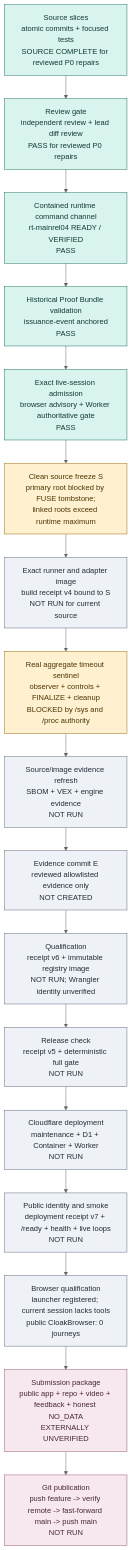
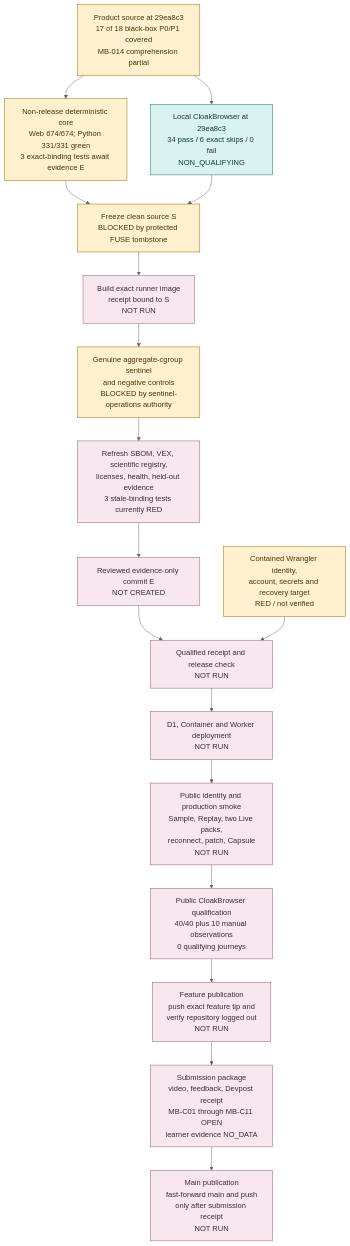
One commit to ALikesToCode/CounterLab changed the first of 5 diagrams in docs/audits/counterlab-first-prize/19_RELEASE_DEPENDENCY_AND_REVIEW_GRAPH.md. Above: the diagram before and after it, drawn with Mermaid (neutral theme). The commit also changed other lines of this file and 1 other file, not shown here.

Commit message:
docs(release): refresh dependency and review graph

````diff
--- a/docs/audits/counterlab-first-prize/19_RELEASE_DEPENDENCY_AND_REVIEW_GRAPH.md
+++ b/docs/audits/counterlab-first-prize/19_RELEASE_DEPENDENCY_AND_REVIEW_GRAPH.md
@@ -33,31 +37,34 @@
 ```mermaid
 flowchart TD
-  A["Source slices<br/>atomic commits + focused tests<br/>SOURCE COMPLETE for reviewed P0 repairs"]
-  B["Review gate<br/>independent review + lead diff review<br/>PASS for reviewed P0 repairs"]
-  R["Contained runtime command channel<br/>rt-mainrel04 READY / VERIFIED<br/>PASS"]
-  P["Historical Proof Bundle validation<br/>issuance-event anchored<br/>PASS"]
-  V["Exact live-session admission<br/>browser advisory + Worker authoritative gate<br/>PASS"]
-  C["Clean source freeze S<br/>primary root blocked by FUSE tombstone;<br/>linked roots exceed runtime maximum"]
-  D["Exact runner and adapter image<br/>build receipt v4 bound to S<br/>NOT RUN for current source"]
-  E["Real aggregate timeout sentinel<br/>observer + controls + FINALIZE + cleanup<br/>BLOCKED by /sys and /proc authority"]
-  F["Source/image evidence refresh<br/>SBOM + VEX + engine evidence<br/>NOT RUN"]
-  G["Evidence commit E<br/>reviewed allowlisted evidence only<br/>NOT CREATED"]
-  H["Qualification<br/>receipt v6 + immutable registry image<br/>NOT RUN; Wrangler identity unverified"]
-  I["Release check<br/>receipt v5 + deterministic full gate<br/>NOT RUN"]
-  J["Cloudflare deployment<br/>maintenance + D1 + Container + Worker<br/>NOT RUN"]
-  K["Public identity and smoke<br/>deployment receipt v7 + /ready + health + live loops<br/>NOT RUN"]
-  L["Browser qualification<br/>launcher registered; current session lacks tools<br/>public CloakBrowser: 0 journeys"]
-  M["Submission package<br/>public app + repo + video + feedback + honest NO_DATA<br/>EXTERNALLY UNVERIFIED"]
-  N["Git publication<br/>push feature -> verify remote -> fast-forward main -> push main<br/>NOT RUN"]
+  P["Product source at 29ea8c3<br/>17 of 18 black-box P0/P1 covered<br/>MB-014 comprehension partial"]
+  T["Non-release deterministic core<br/>Web 674/674; Python 331/331 green<br/>3 exact-binding tests await evidence E"]
+  B["Local CloakBrowser at 29ea8c3<br/>34 pass / 6 exact skips / 0 fail<br/>NON_QUALIFYING"]
+  S["Freeze clean source S<br/>BLOCKED by protected FUSE tombstone"]
+  I["Build exact runner image<br/>receipt bound to S<br/>NOT RUN"]
+  C["Genuine aggregate-cgroup sentinel<br/>and negative controls<br/>BLOCKED by sentinel-operations authority"]
+  E["Refresh SBOM, VEX, scientific registry,<br/>licenses, health, held-out evidence<br/>3 stale-binding tests currently RED"]
+  EC["Reviewed evidence-only commit E<br/>NOT CREATED"]
+  W["Contained Wrangler identity,<br/>account, secrets and recovery target<br/>RED / not verified"]
+  Q["Qualified receipt and release check<br/>NOT RUN"]
+  D["D1, Container and Worker deployment<br/>NOT RUN"]
+  H["Public identity and production smoke<br/>Sample, Replay, two Live packs,<br/>reconnect, patch, Capsule<br/>NOT RUN"]
+  PB["Public CloakBrowser qualification<br/>40/40 plus 10 manual observations<br/>0 qualifying journeys"]
+  FP["Feature publication<br/>push exact feature tip and<br/>verify repository logged out<br/>NOT RUN"]
+  M["Submission package<br/>video, feedback, Devpost receipt<br/>MB-C01 through MB-C11 OPEN<br/>learner evidence NO_DATA"]
+  GM["Main publication<br/>fast-forward main and push<br/>only after submission receipt<br/>NOT RUN"]
 
-  A --> B --> R --> P --> V --> C --> D --> E --> F --> G --> H --> I --> J --> K --> L --> M --> N
+  P --> T
+  P --> B
+  T --> S
+  B --> S
+  S --> I --> C --> E --> EC --> Q
+  W --> Q
+  Q --> D --> H --> PB --> FP --> M --> GM
 
-  classDef pass fill:#d9f3ee,stroke:#176b5b,color:#123b34;
-  classDef blocked fill:#fff0d0,stroke:#9a6500,color:#4c3500;
-  classDef pending fill:#eef2f7,stroke:#596579,color:#252b36;
-  classDef external fill:#f7e8ef,stroke:#95506d,color:#482636;
-  class A,B,R,P,V pass;
-  class C,E blocked;
-  class D,F,G,H,I,J,K,L pending;
-  class M,N external;
+  classDef green fill:#d9f3ee,stroke:#176b5b,color:#123b34;
+  classDef partial fill:#fff0d0,stroke:#9a6500,color:#4c3500;
+  classDef red fill:#f7e8ef,stroke:#95506d,color:#482636;
+  class B green;
+  class P,T,S,C,W partial;
+  class I,E,EC,Q,D,H,PB,FP,M,GM red;
 ```
````
